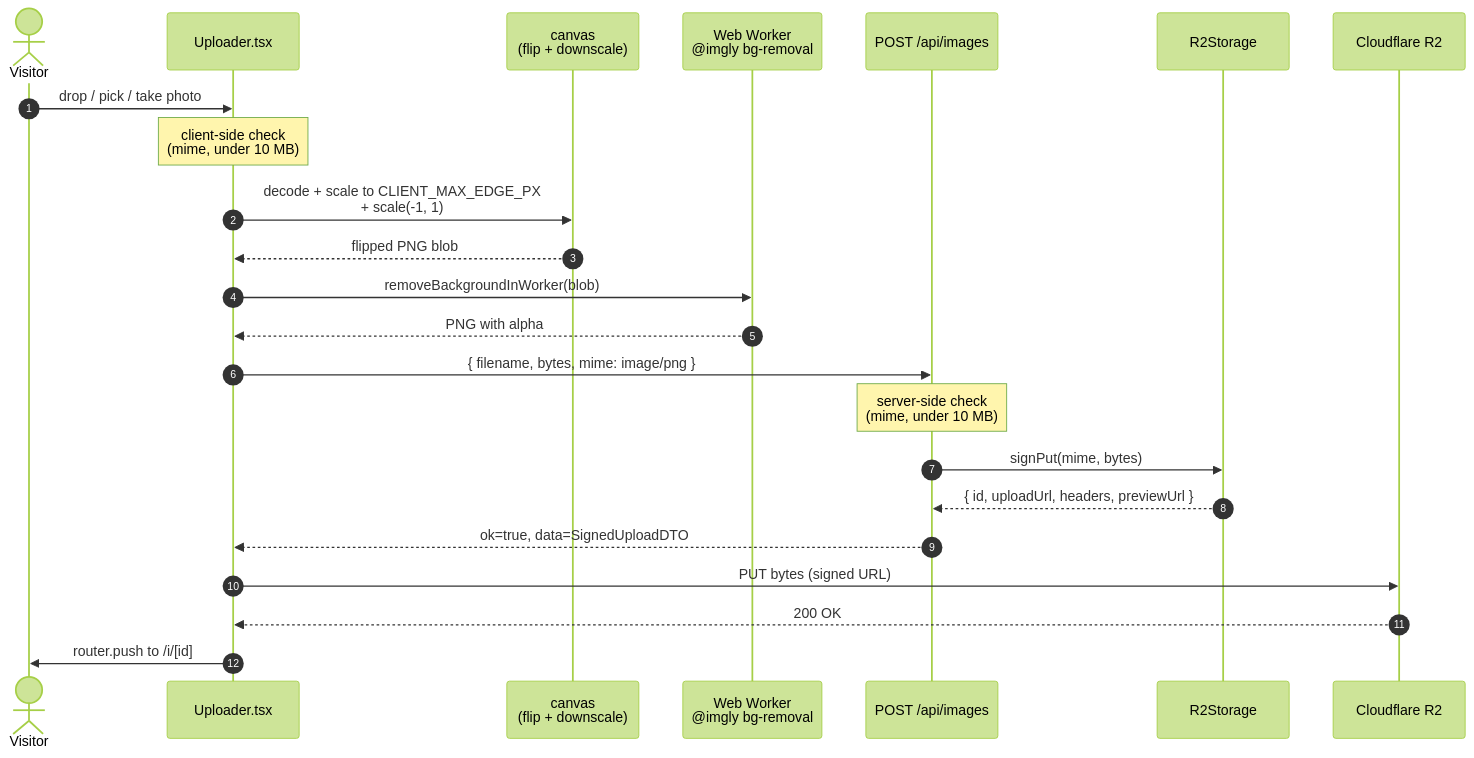
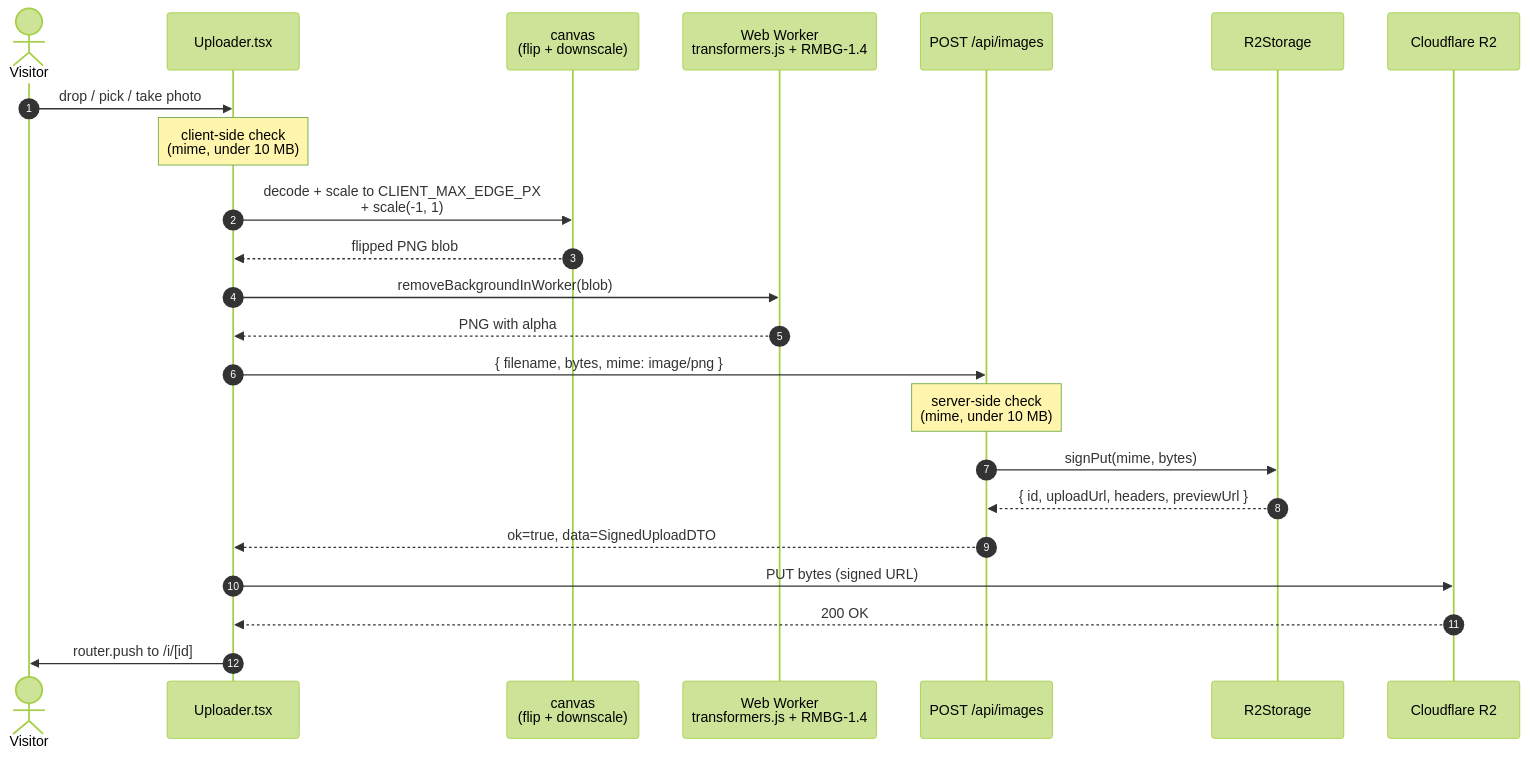
Before and after one commit to agustin-vaca/image-transformation: the third of 5 diagrams in docs/ARCHITECTURE.md, drawn with Mermaid (forest theme). The commit also changed other lines of this file and 4 other files, not shown here.

First line of the commit message:
feat(bg-removal): switch to BRIA RMBG-1.4 via @huggingface/transformers

````diff
--- a/docs/ARCHITECTURE.md
+++ b/docs/ARCHITECTURE.md
@@ -132,26 +132,26 @@
 ```mermaid
 sequenceDiagram
     autonumber
     actor U as Visitor
     participant UI as Uploader.tsx
     participant CV as canvas<br/>(flip + downscale)
-    participant W as Web Worker<br/>@imgly bg-removal
+    participant W as Web Worker<br/>transformers.js + RMBG-1.4
     participant API as POST /api/images
     participant S as R2Storage
     participant R2 as Cloudflare R2
 
     U->>UI: drop / pick / take photo
     Note over UI: client-side check<br/>(mime, under 10 MB)
     UI->>CV: decode + scale to CLIENT_MAX_EDGE_PX<br/>+ scale(-1, 1)
     CV-->>UI: flipped PNG blob
     UI->>W: removeBackgroundInWorker(blob)
     W-->>UI: PNG with alpha
     UI->>API: { filename, bytes, mime: image/png }
     Note over API: server-side check<br/>(mime, under 10 MB)
     API->>S: signPut(mime, bytes)
     S-->>API: { id, uploadUrl, headers, previewUrl }
     API-->>UI: ok=true, data=SignedUploadDTO
     UI->>R2: PUT bytes (signed URL)
     R2-->>UI: 200 OK
     UI->>U: router.push to /i/[id]
 ```
````
